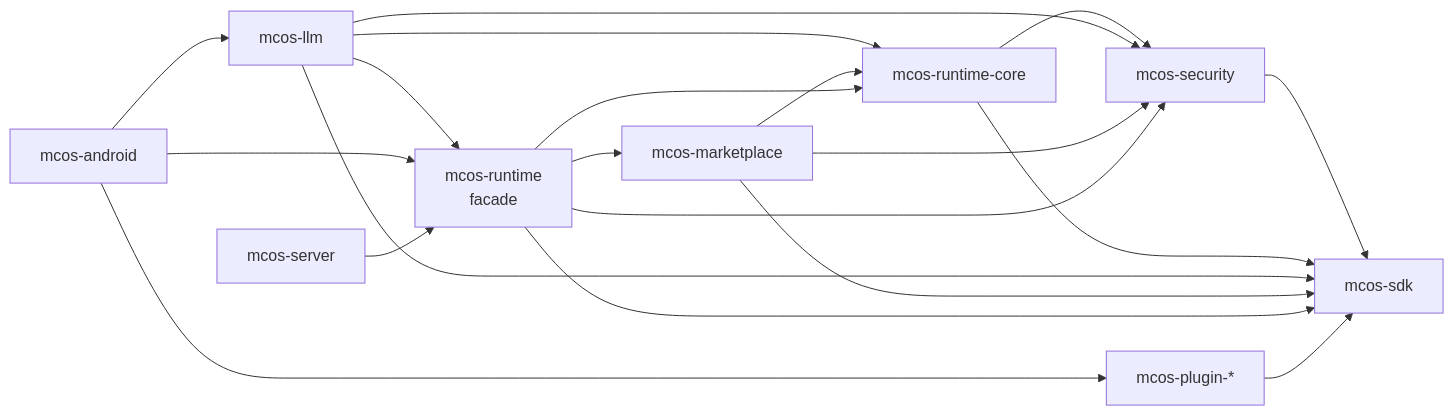
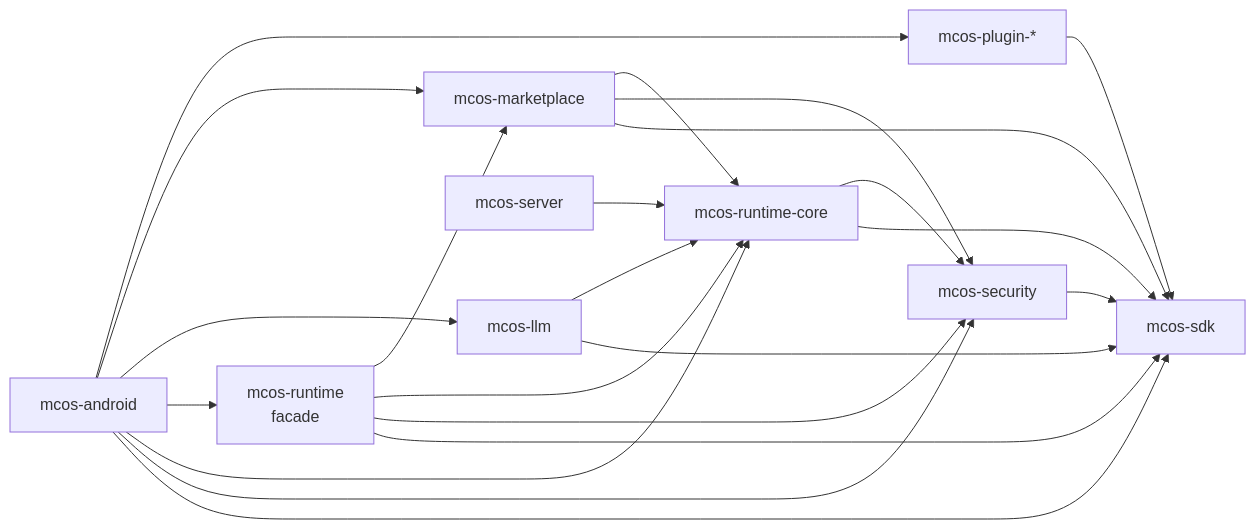
One commit to Morainet/mcos changed the second of 6 diagrams in docs/en/01-architecture.md. Above: the diagram before and after it, drawn with Mermaid. The commit also changed other lines of this file and 316 other files, not shown here.

````diff
--- a/docs/en/01-architecture.md
+++ b/docs/en/01-architecture.md
@@ -129,32 +133,34 @@
 ```mermaid
 graph LR
   SDK[mcos-sdk]
   SEC[mcos-security]
   CORE[mcos-runtime-core]
   LLM[mcos-llm]
   MKT[mcos-marketplace]
   FACADE[mcos-runtime<br/>facade]
   AND[mcos-android]
   SRV[mcos-server]
   PLUGINS[mcos-plugin-*]
 
   SEC --> SDK
   CORE --> SDK
   CORE --> SEC
   LLM --> SDK
-  LLM --> SEC
   LLM --> CORE
-  LLM --> FACADE
   MKT --> SDK
   MKT --> SEC
   MKT --> CORE
   FACADE --> SDK
   FACADE --> SEC
   FACADE --> CORE
   FACADE --> MKT
+  AND --> SDK
+  AND --> SEC
+  AND --> CORE
   AND --> FACADE
   AND --> LLM
+  AND --> MKT
   AND --> PLUGINS
-  SRV --> FACADE
+  SRV --> CORE
   PLUGINS --> SDK
 ```
````
